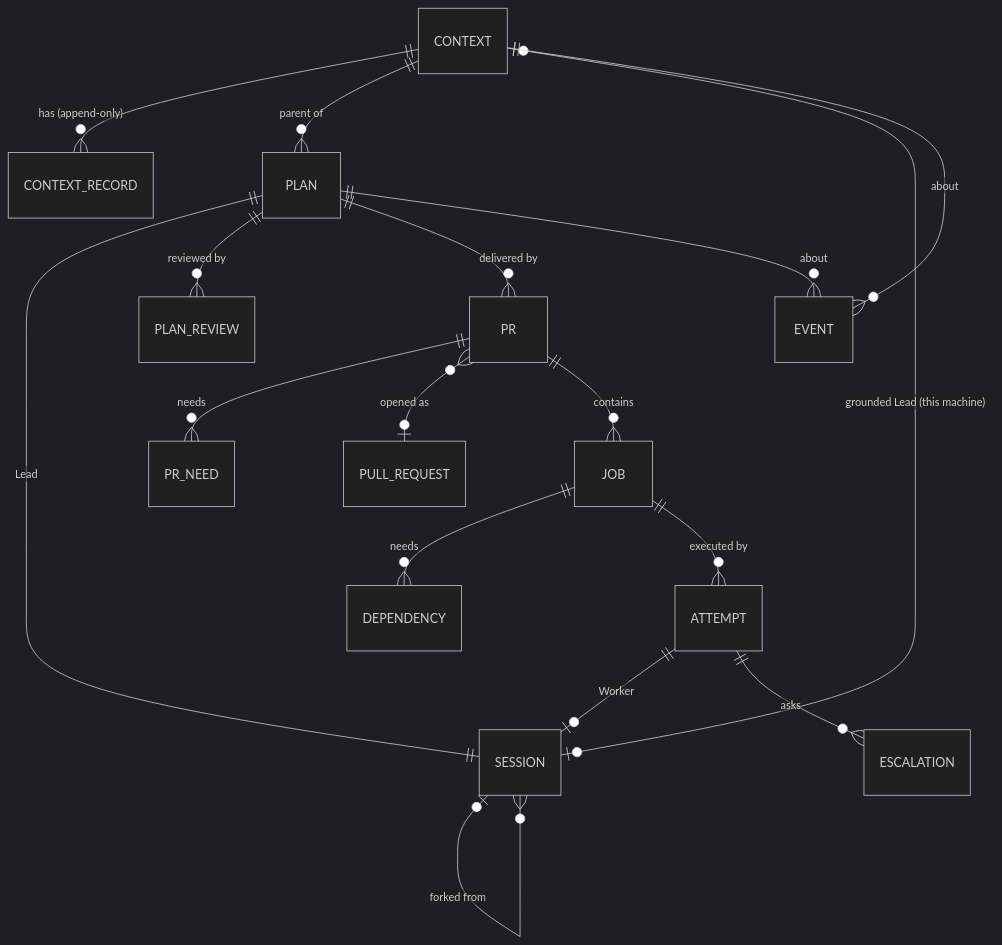
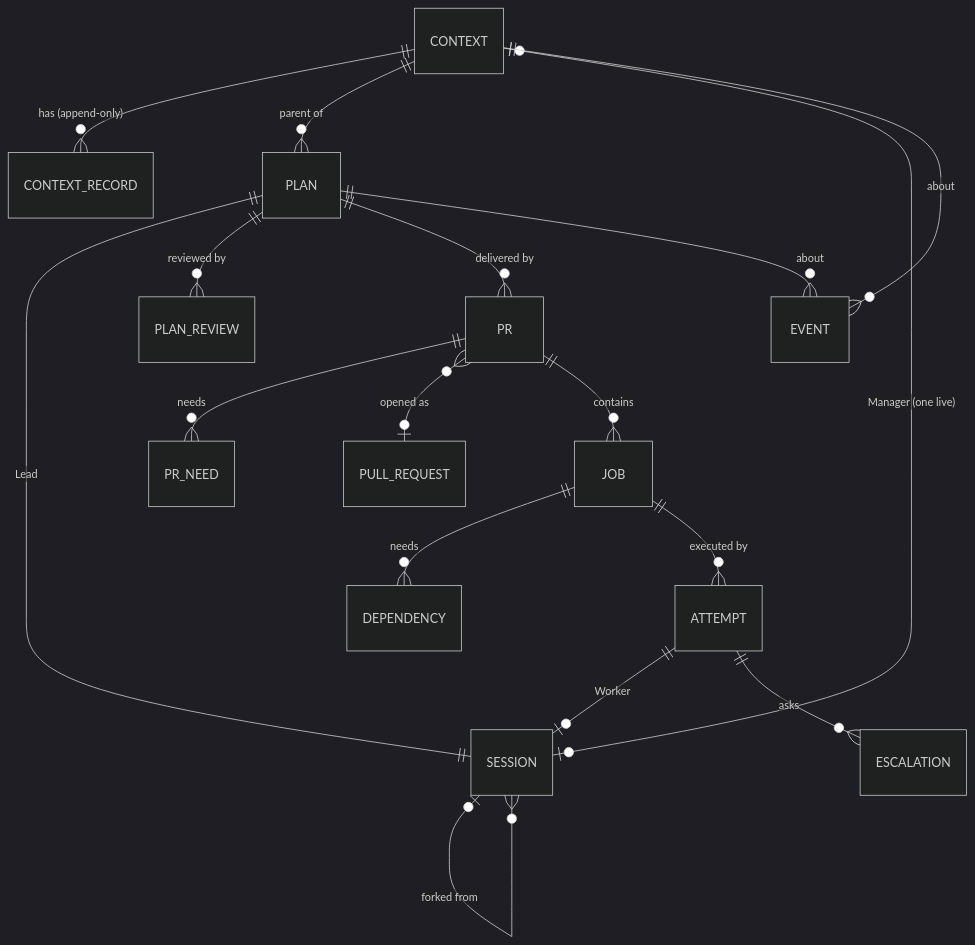
One commit to clayton-duarte/cpd changed the first of 5 diagrams in docs/contract.md. Above: the diagram before and after it, drawn with Mermaid (dark theme). The commit also changed other lines of this file, not shown here.

Commit message:
docs(contract): the Manager role, brief records, migration 0010, grounded Lead retired

````diff
--- a/docs/contract.md
+++ b/docs/contract.md
@@ -359,19 +358,19 @@
 ```mermaid
 erDiagram
   CONTEXT ||--o{ CONTEXT_RECORD : "has (append-only)"
   CONTEXT ||--o{ PLAN : "parent of"
-  CONTEXT |o--o| SESSION : "grounded Lead (this machine)"
+  CONTEXT |o--o| SESSION : "Manager (one live)"
   PLAN ||--|| SESSION : "Lead"
   PLAN ||--o{ PLAN_REVIEW : "reviewed by"
   PLAN ||--o{ PR : "delivered by"
   PR ||--o{ PR_NEED : "needs"
   PR }o--o| PULL_REQUEST : "opened as"
   PR ||--o{ JOB : "contains"
   JOB ||--o{ DEPENDENCY : "needs"
   JOB ||--o{ ATTEMPT : "executed by"
   ATTEMPT ||--o| SESSION : "Worker"
   ATTEMPT ||--o{ ESCALATION : "asks"
   SESSION |o--o{ SESSION : "forked from"
   PLAN ||--o{ EVENT : "about"
   CONTEXT ||--o{ EVENT : "about"
 ```
````
